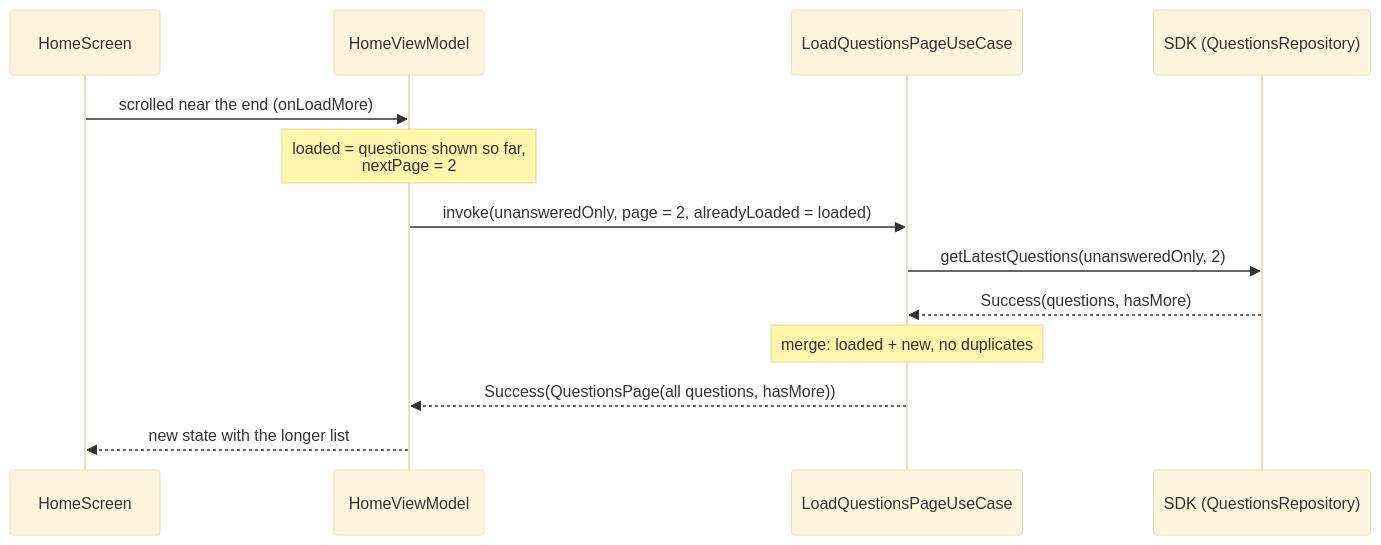
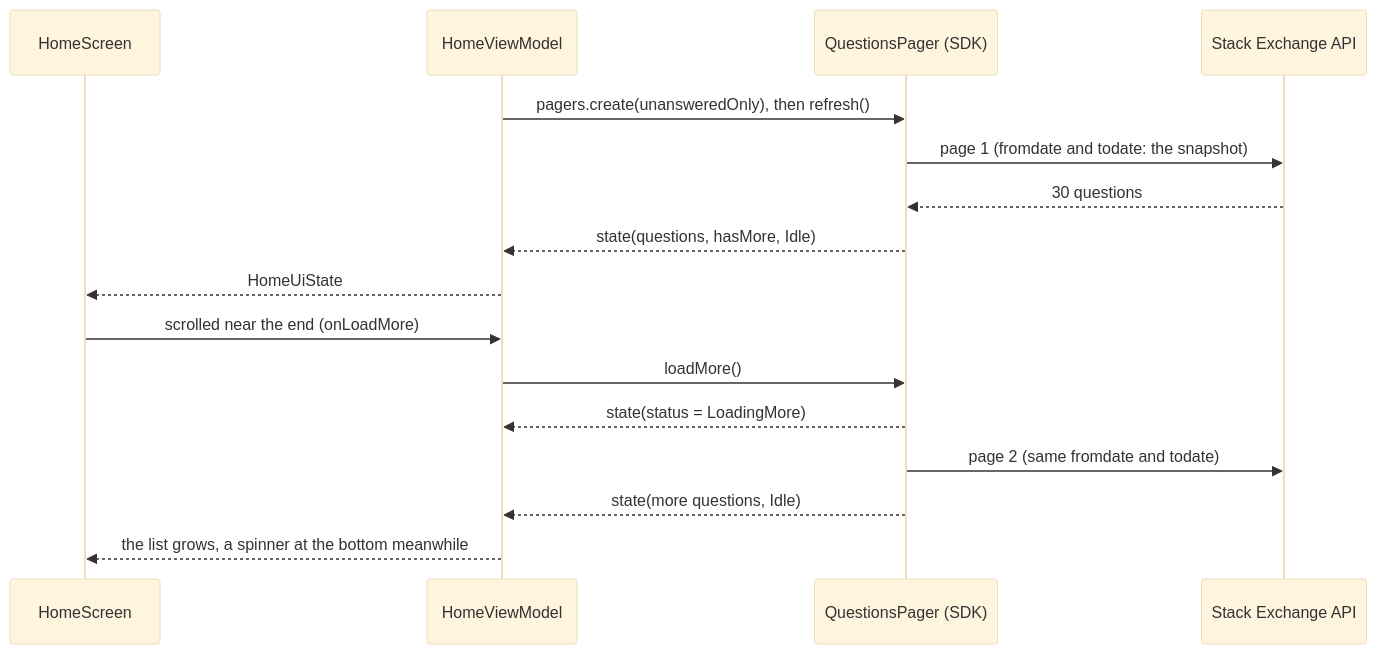
Before and after one commit to alexfin90/StackOverFlowAssignment: the second of 2 diagrams in docs/sample-app.md, drawn with Mermaid (base theme). The commit also changed other lines of this file and 17 other files, not shown here.

First line of the commit message:
feat(app): the list uses the SDK pager; docs for the pager

````diff
--- a/docs/sample-app.md
+++ b/docs/sample-app.md
@@ -90,16 +68,19 @@
 ```mermaid
 sequenceDiagram
     participant UI as HomeScreen
     participant VM as HomeViewModel
-    participant UC as LoadQuestionsPageUseCase
-    participant SDK as SDK (QuestionsRepository)
+    participant P as QuestionsPager (SDK)
+    participant API as Stack Exchange API
 
+    VM->>P: pagers.create(unansweredOnly), then refresh()
+    P->>API: page 1 (fromdate and todate: the snapshot)
+    API-->>P: 30 questions
+    P-->>VM: state(questions, hasMore, Idle)
+    VM-->>UI: HomeUiState
     UI->>VM: scrolled near the end (onLoadMore)
-    Note over VM: loaded = questions shown so far,<br/>nextPage = 2
-    VM->>UC: invoke(unansweredOnly, page = 2, alreadyLoaded = loaded)
-    UC->>SDK: getLatestQuestions(unansweredOnly, 2)
-    SDK-->>UC: Success(questions, hasMore)
-    Note over UC: merge: loaded + new, no duplicates
-    UC-->>VM: Success(QuestionsPage(all questions, hasMore))
-    VM-->>UI: new state with the longer list
+    VM->>P: loadMore()
+    P-->>VM: state(status = LoadingMore)
+    P->>API: page 2 (same fromdate and todate)
+    P-->>VM: state(more questions, Idle)
+    VM-->>UI: the list grows, a spinner at the bottom meanwhile
 ```
````
